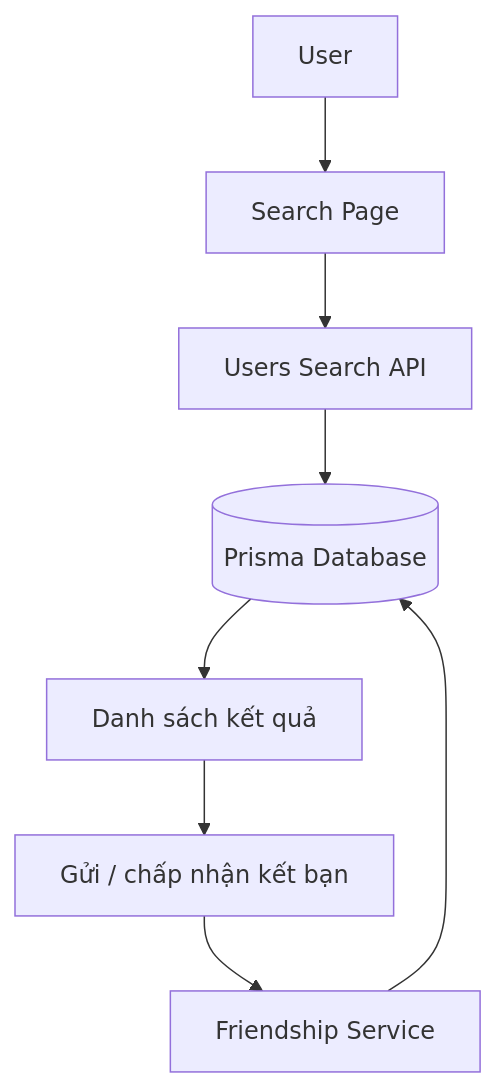
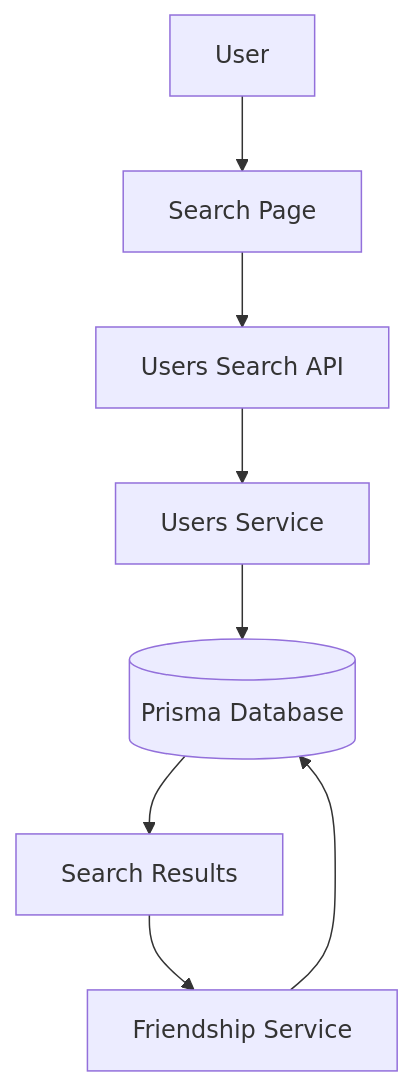
One commit to LeNguyenTatThang/Halogram changed the third of 4 diagrams in README.md. Above: the diagram before and after it, drawn with Mermaid. The commit also changed other lines of this file, not shown here.

````diff
--- a/README.md
+++ b/README.md
@@ -326,10 +361,31 @@
 ```mermaid
 flowchart TD
-    U[User] --> S[Search Page]
-    S --> API[Users Search API]
-    API --> DB[(Prisma Database)]
-    DB --> R[Danh sách kết quả]
-    R --> F[Gửi / chấp nhận kết bạn]
-    F --> FS[Friendship Service]
-    FS --> DB
+
+User[User]
+
+Search[Search Page]
+
+API[Users Search API]
+
+Service[Users Service]
+
+DB[(Prisma Database)]
+
+Result[Search Results]
+
+Friendship[Friendship Service]
+
+User --> Search
+
+Search --> API
+
+API --> Service
+
+Service --> DB
+
+DB --> Result
+
+Result --> Friendship
+
+Friendship --> DB
 ```
````
